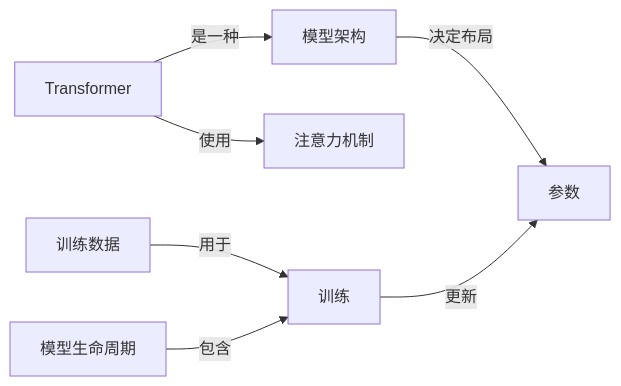
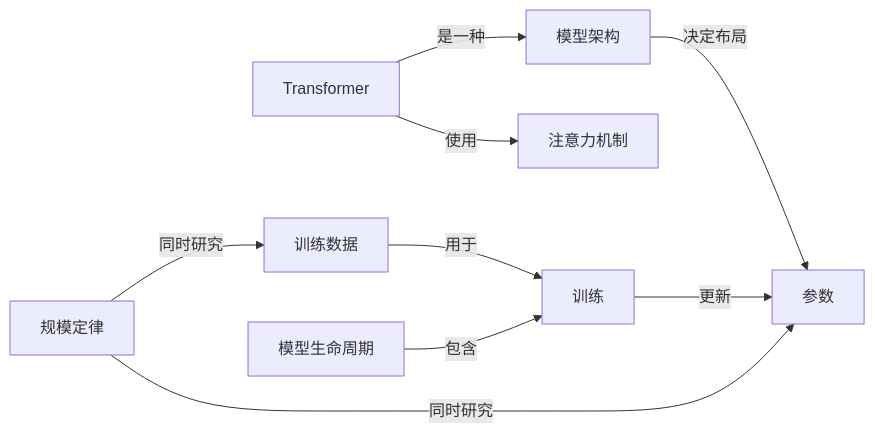
One commit to z-Zihan/LLM-101 changed the second of 9 diagrams in 知识网络.md. Above: the diagram before and after it, drawn with Mermaid. The commit also changed other lines of this file and 5 other files, not shown here.

````diff
--- a/知识网络.md
+++ b/知识网络.md
@@ -92,16 +93,19 @@
 ```mermaid
 flowchart LR
     n_parameter["参数"]
     n_training_data["训练数据"]
     n_model_lifecycle["模型生命周期"]
     n_architecture["模型架构"]
     n_transformer["Transformer"]
     n_attention["注意力机制"]
     n_training["训练"]
+    n_scaling_laws["规模定律"]
     n_architecture -->|"决定布局"| n_parameter
     n_transformer -->|"是一种"| n_architecture
     n_training_data -->|"用于"| n_training
     n_training -->|"更新"| n_parameter
     n_model_lifecycle -->|"包含"| n_training
     n_transformer -->|"使用"| n_attention
+    n_scaling_laws -->|"同时研究"| n_parameter
+    n_scaling_laws -->|"同时研究"| n_training_data
 ```
````
